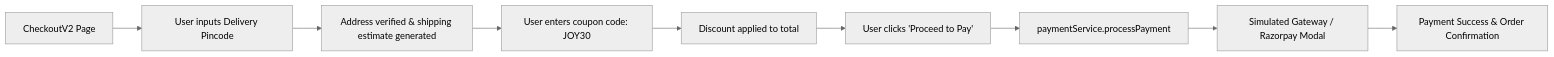
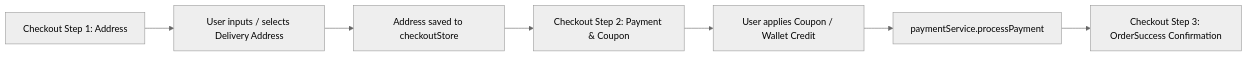
The third of 3 diagrams in ARCHITECTURE.md (iAmitVishwakarma/ourlittlejoys), drawn with Mermaid (neutral theme) before and after one commit. The commit also changed other lines of this file and 67 other files, not shown here.

Commit message:
refactor(architecture): restructure folder hierarchy into modular domain-driven layout

````diff
--- a/ARCHITECTURE.md
+++ b/ARCHITECTURE.md
@@ -63,11 +80,9 @@
 ```mermaid
 flowchart LR
-    A[CheckoutV2 Page] --> B[User inputs Delivery Pincode]
-    B --> C[Address verified & shipping estimate generated]
-    C --> D[User enters coupon code: JOY30]
-    D --> E[Discount applied to total]
-    E --> F[User clicks 'Proceed to Pay']
-    F --> G[paymentService.processPayment]
-    G --> H[Simulated Gateway / Razorpay Modal]
-    H --> I[Payment Success & Order Confirmation]
+    A[Checkout Step 1: Address] --> B[User inputs / selects Delivery Address]
+    B --> C[Address saved to checkoutStore]
+    C --> D[Checkout Step 2: Payment & Coupon]
+    D --> E[User applies Coupon / Wallet Credit]
+    E --> F[paymentService.processPayment]
+    F --> G[Checkout Step 3: OrderSuccess Confirmation]
 ```
````
